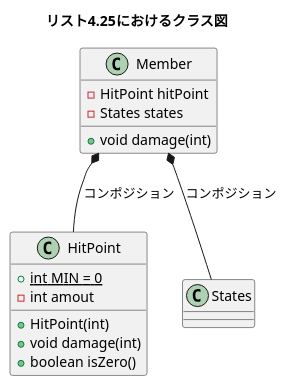
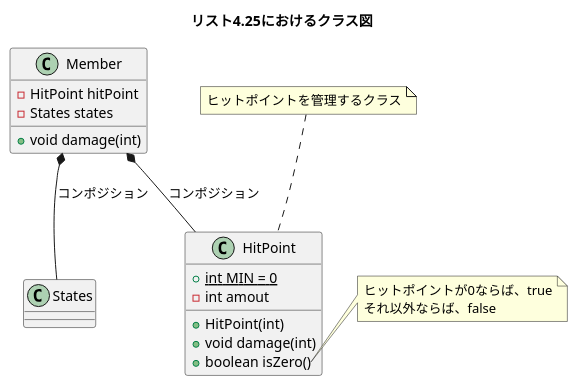
One commit to 2xtVVrscpp/good_code changed the diagram in src/java/section4/classDiagram/list4-25.pu. Above: the diagram before and after it, drawn with PlantUML.

Commit message:
add to note to list4-25.pu

```diff
--- a/src/java/section4/classDiagram/list4-25.pu
+++ b/src/java/section4/classDiagram/list4-25.pu
@@ -1,25 +1,32 @@
 @startuml class
 title リスト4.25におけるクラス図
 
 class Member {
 	-HitPoint hitPoint
 	-States states
 	+void damage(int)
 }
 
 class HitPoint {
 	{static} +int MIN = 0
 	-int amout
 	+HitPoint(int)
 	+void damage(int)
 	+boolean isZero()
 }
+note top of HitPoint
+	ヒットポイントを管理するクラス
+end note
+note right of HitPoint::isZero()
+	ヒットポイントが0ならば、true
+	それ以外ならば、false
+end note
 
 class States {
 
 }
 
 Member *-- HitPoint : コンポジション
 Member *-- States : コンポジション
 
 @enduml
```
